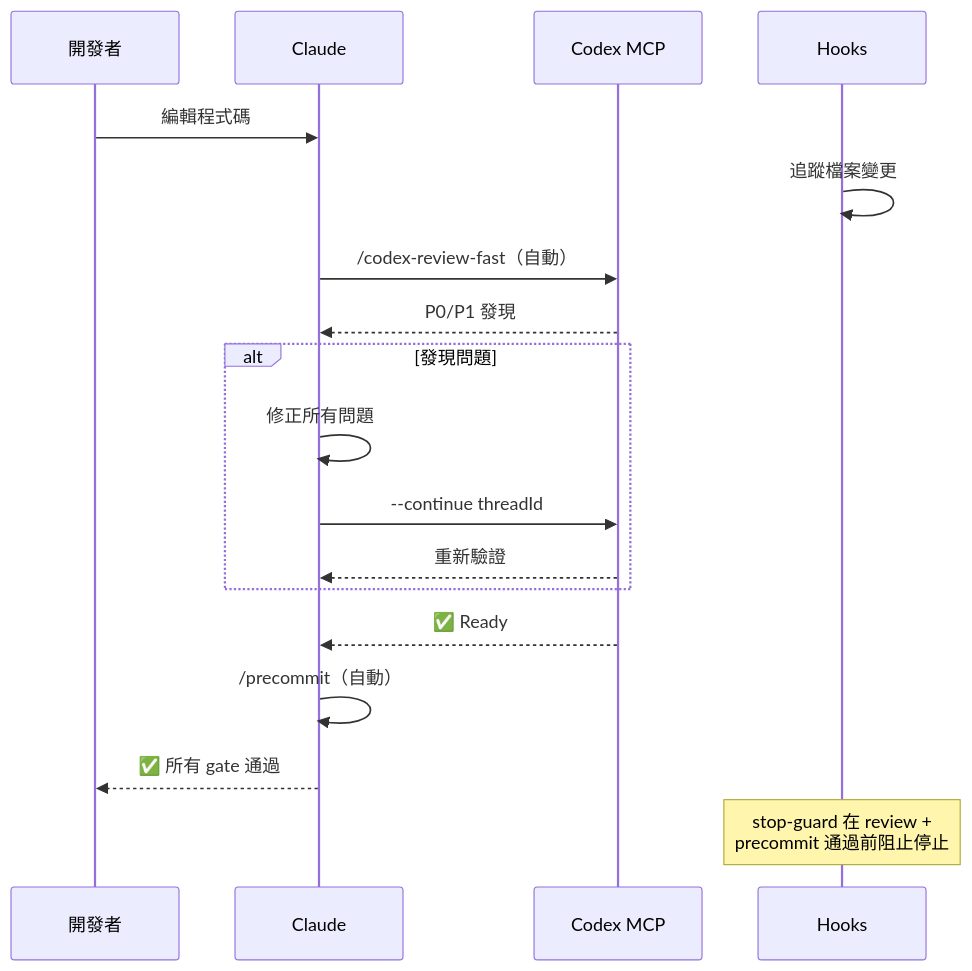
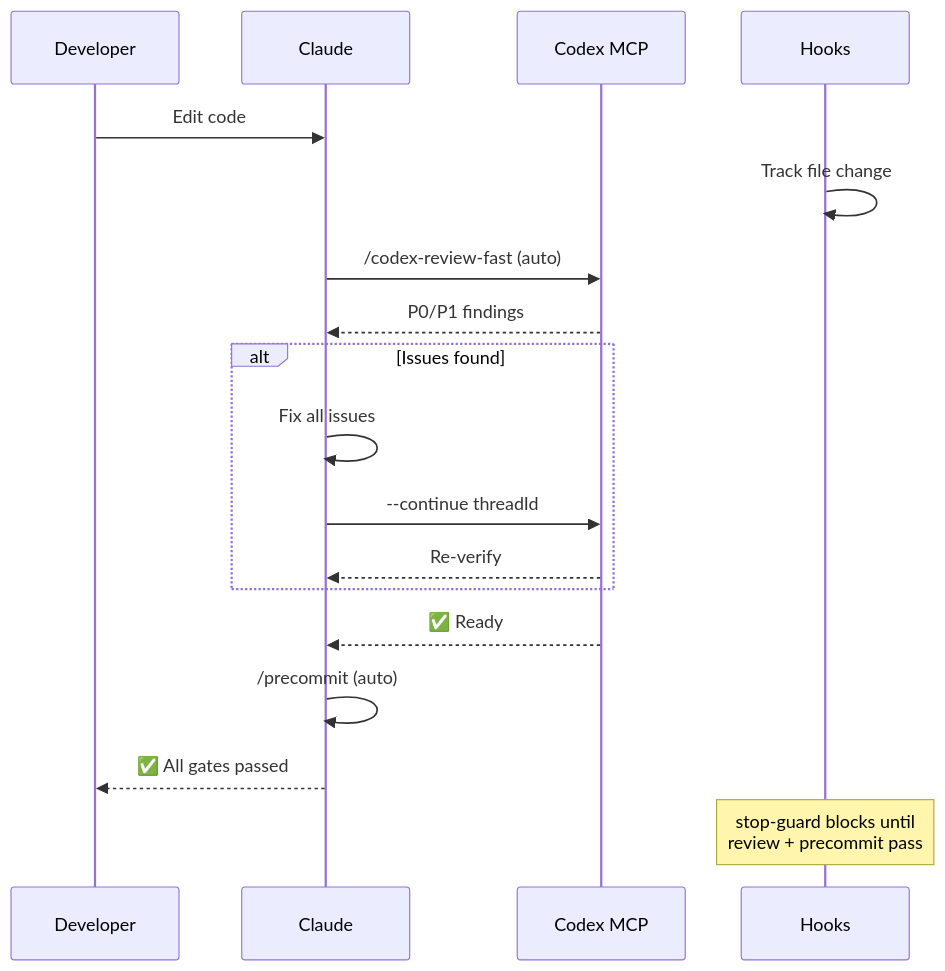
The second of 3 diagrams in README.zh-TW.md (jupiter-Pulin/Uranus-dev-flow), drawn with Mermaid before and after one commit. The commit also changed other lines of this file and 29 other files, not shown here.

````diff
--- a/README.zh-TW.md
+++ b/README.zh-TW.md
@@ -71,24 +27,24 @@
 ```mermaid
 sequenceDiagram
-    participant D as 開發者
+    participant D as Developer
     participant C as Claude
     participant X as Codex MCP
     participant H as Hooks
 
-    D->>C: 編輯程式碼
-    H->>H: 追蹤檔案變更
-    C->>X: /codex-review-fast（自動）
-    X-->>C: P0/P1 發現
+    D->>C: Edit code
+    H->>H: Track file change
+    C->>X: /codex-review-fast (auto)
+    X-->>C: P0/P1 findings
 
-    alt 發現問題
-        C->>C: 修正所有問題
+    alt Issues found
+        C->>C: Fix all issues
         C->>X: --continue threadId
-        X-->>C: 重新驗證
+        X-->>C: Re-verify
     end
 
     X-->>C: ✅ Ready
-    C->>C: /precommit（自動）
-    C-->>D: ✅ 所有 gate 通過
+    C->>C: /precommit (auto)
+    C-->>D: ✅ All gates passed
 
-    Note over H: stop-guard 在 review +<br/>precommit 通過前阻止停止
+    Note over H: stop-guard blocks until<br/>review + precommit pass
 ```
````
